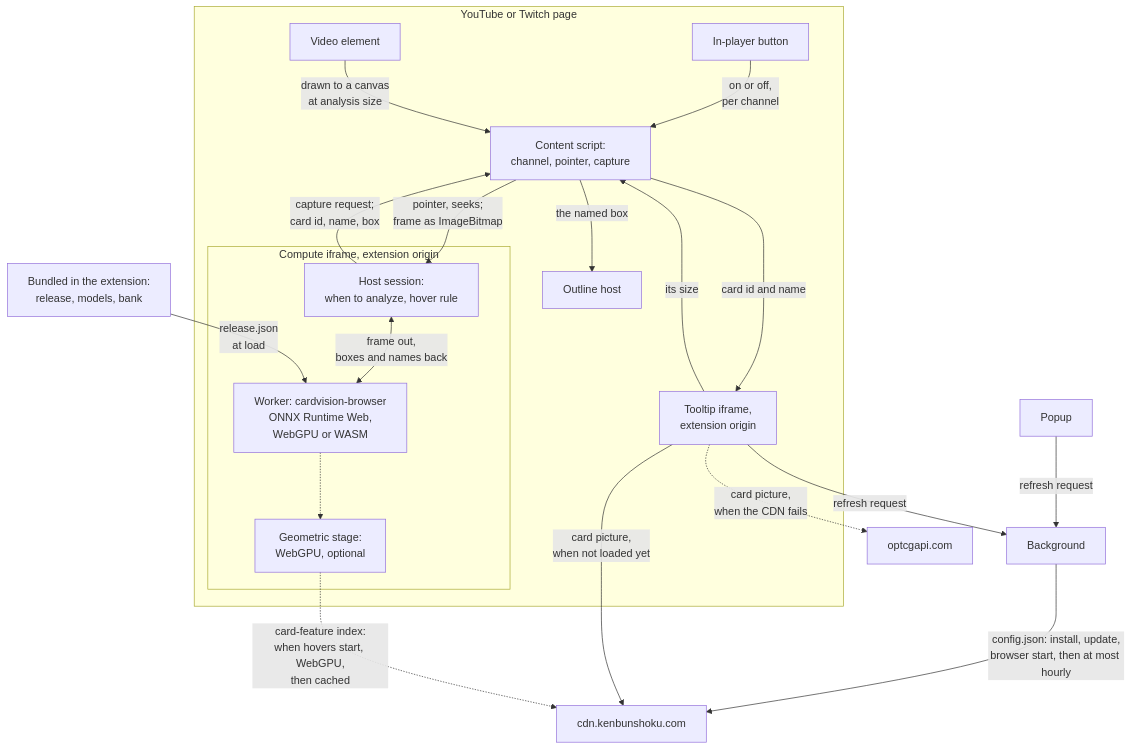
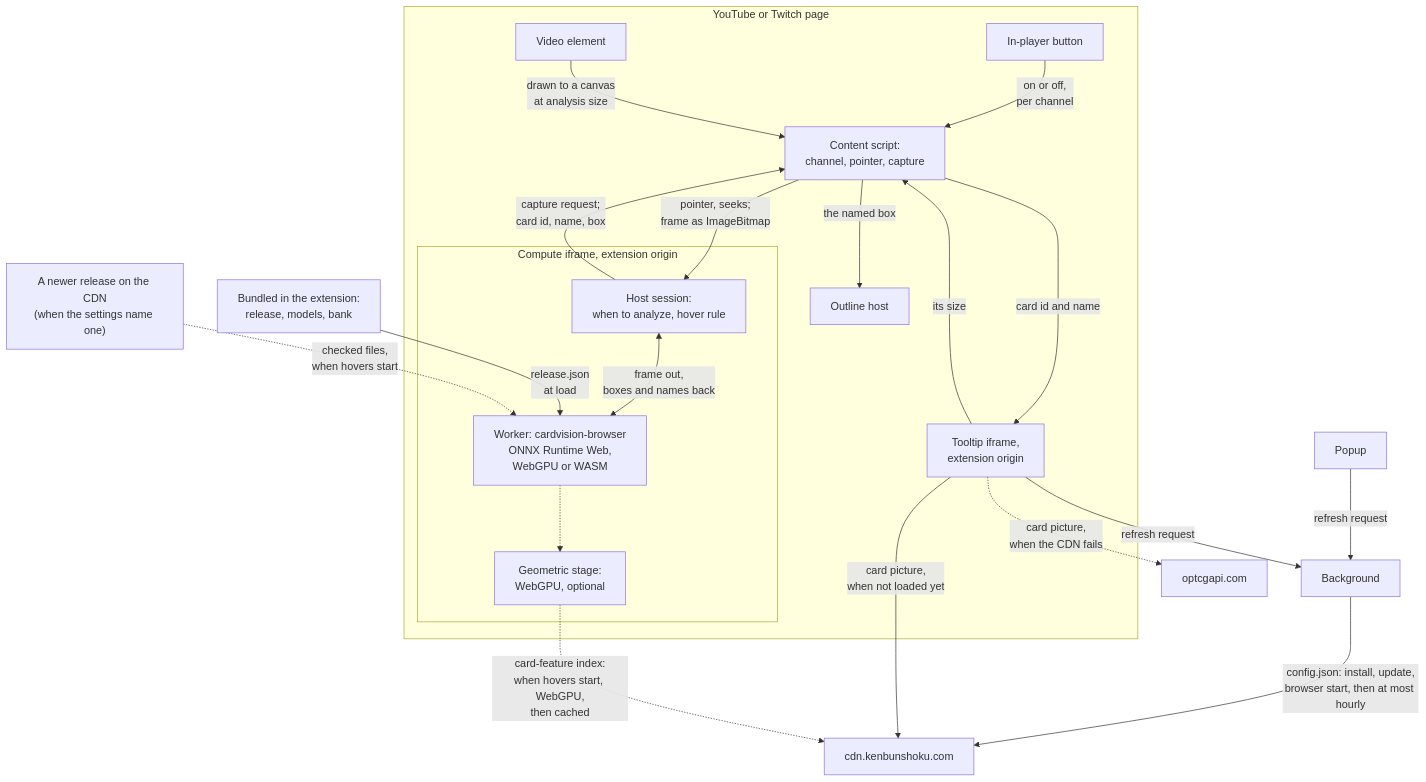
One commit to ryangswe/kenbunshoku changed the diagram in docs/how-it-works.md. Above: the diagram before and after it, drawn with Mermaid. The commit also changed other lines of this file and 58 other files, not shown here.

````diff
--- a/docs/how-it-works.md
+++ b/docs/how-it-works.md
@@ -36,37 +36,39 @@
 ```mermaid
 flowchart TD
     subgraph PAGE["YouTube or Twitch page"]
         VID["Video element"]
         CS["Content script:<br/>channel, pointer, capture"]
         BTN["In-player button"]
         OUT["Outline host"]
         subgraph CF["Compute iframe, extension origin"]
             HS["Host session:<br/>when to analyze, hover rule"]
             W["Worker: cardvision-browser<br/>ONNX Runtime Web,<br/>WebGPU or WASM"]
             GEO["Geometric stage:<br/>WebGPU, optional"]
         end
         TT["Tooltip iframe,<br/>extension origin"]
     end
     PKG["Bundled in the extension:<br/>release, models, bank"]
+    REL["A newer release on the CDN<br/>(when the settings name one)"]
     POP["Popup"]
     BG["Background"]
     CDN["cdn.kenbunshoku.com"]
     OPT["optcgapi.com"]
 
     BTN -- "on or off,<br/>per channel" --> CS
     VID -- "drawn to a canvas<br/>at analysis size" --> CS
     CS -- "pointer, seeks;<br/>frame as ImageBitmap" --> HS
     HS -- "capture request;<br/>card id, name, box" --> CS
     HS <-- "frame out,<br/>boxes and names back" --> W
     PKG -- "release.json<br/>at load" --> W
+    REL -. "checked files,<br/>when hovers start" .-> W
     W -.-> GEO
     CS -- "card id and name" --> TT
     TT -- "its size" --> CS
     CS -- "the named box" --> OUT
     TT -- "refresh request" --> BG
     POP -- "refresh request" --> BG
     BG -- "config.json: install, update,<br/>browser start, then at most hourly" --> CDN
     TT -- "card picture,<br/>when not loaded yet" --> CDN
     TT -. "card picture,<br/>when the CDN fails" .-> OPT
     GEO -. "card-feature index:<br/>when hovers start, WebGPU,<br/>then cached" .-> CDN
 ```
````
